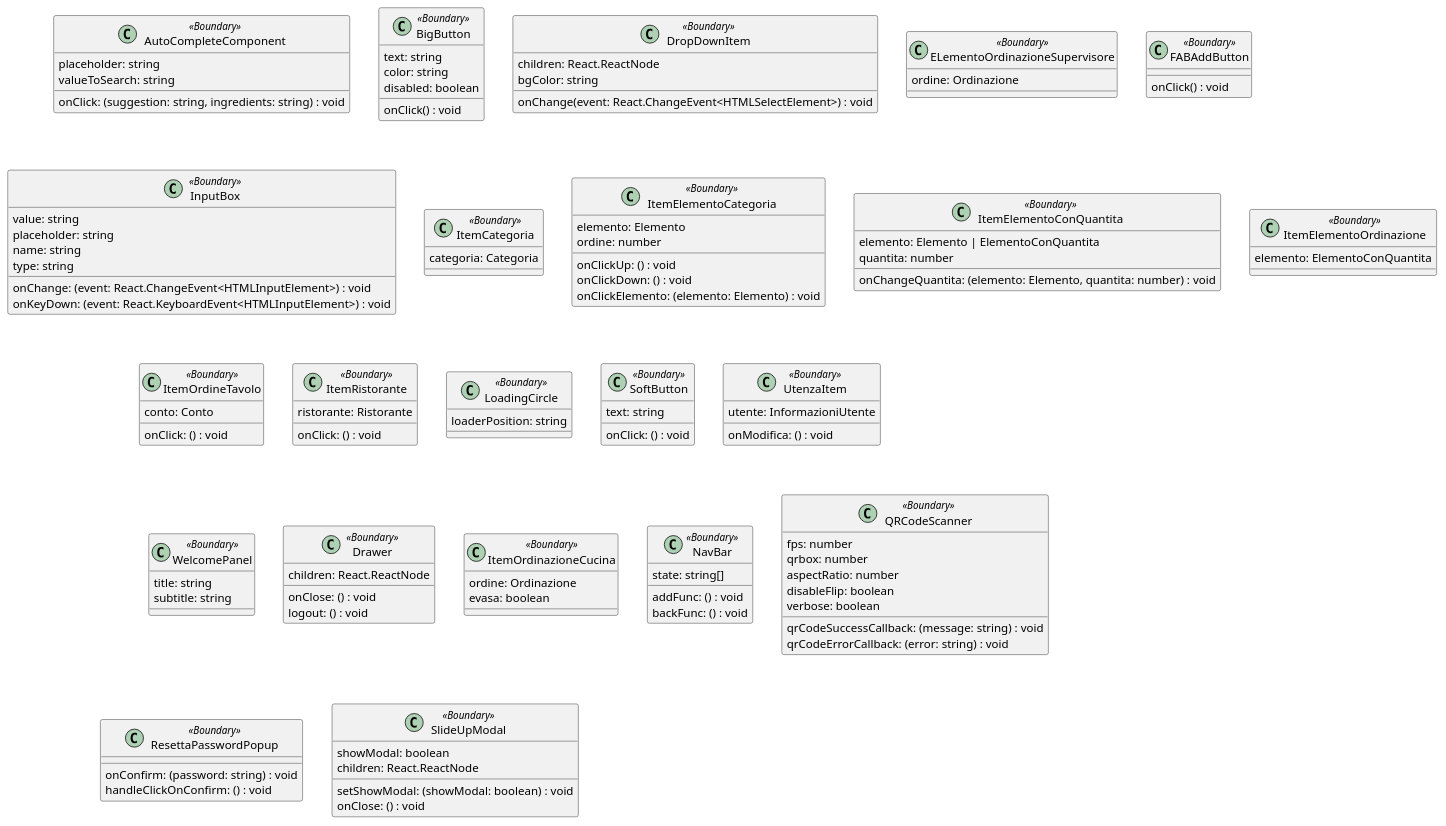
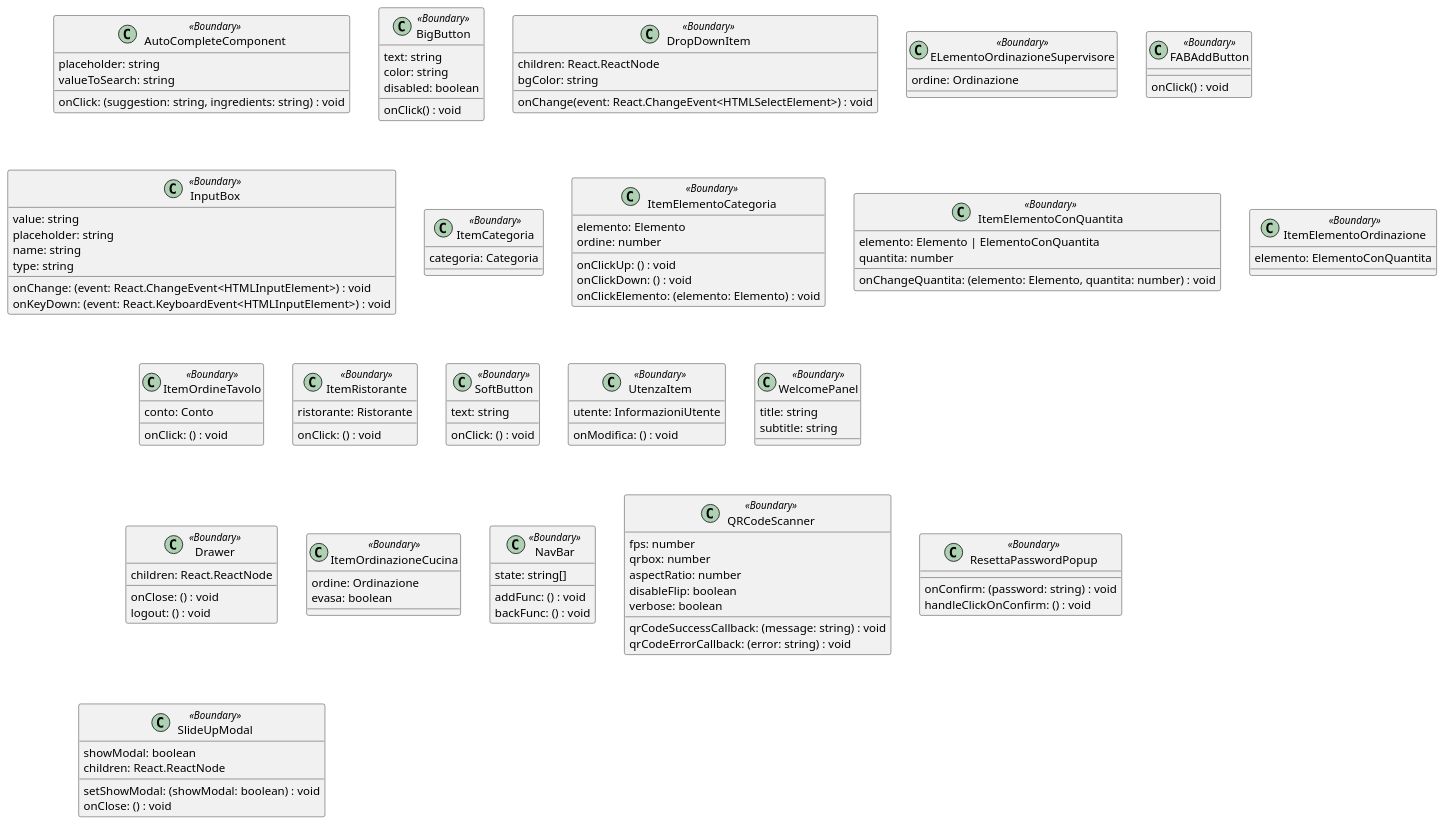
Before and after one commit to macro21KGB/Esame-INGSW-22-23: the diagram in diagrams/PUML/Boundary-Components.puml, drawn with PlantUML. The commit also changed 34 other files, not shown here.

```diff
--- a/diagrams/PUML/Boundary-Components.puml
+++ b/diagrams/PUML/Boundary-Components.puml
@@ -1,161 +1,157 @@
 @startuml component_diagram
 class AutoCompleteComponent <<Boundary>> {
 
     placeholder: string
     onClick: (suggestion: string, ingredients: string) : void
     valueToSearch: string
 
 }
 
 class BigButton <<Boundary>> {
 
   onClick() : void
   text: string
   color: string
   disabled: boolean
 
 }
 
 class DropDownItem <<Boundary>> {
 	
   children: React.ReactNode
   onChange(event: React.ChangeEvent<HTMLSelectElement>) : void
   bgColor: string
 
 }
 
 class ELementoOrdinazioneSupervisore <<Boundary>> {
 
     ordine: Ordinazione
 
 }
 class FABAddButton <<Boundary>> {
 
 	onClick() : void
 
 }
 class InputBox <<Boundary>> {
 
 	value: string
 	placeholder: string
 	name: string
 	type: string
 	onChange: (event: React.ChangeEvent<HTMLInputElement>) : void
 	onKeyDown: (event: React.KeyboardEvent<HTMLInputElement>) : void
 
 }
 
 class ItemCategoria <<Boundary>> {
 
     categoria: Categoria
 
 }
 class ItemElementoCategoria <<Boundary>> {
 
 	elemento: Elemento
 	onClickUp: () : void
 	onClickDown: () : void
 	onClickElemento: (elemento: Elemento) : void
 	ordine: number
 
 }
 
 class ItemElementoConQuantita <<Boundary>> {
 
 	elemento: Elemento | ElementoConQuantita
 	quantita: number
 	onChangeQuantita: (elemento: Elemento, quantita: number) : void
 
 }
 class ItemElementoOrdinazione <<Boundary>> {
 
 	elemento: ElementoConQuantita
 
 }
 class ItemOrdineTavolo <<Boundary>> {
 
     conto: Conto
     onClick: () : void
 
 }
 class ItemRistorante <<Boundary>> {
 
     ristorante: Ristorante
     onClick: () : void
 
 }
-class LoadingCircle <<Boundary>> {
 
-	loaderPosition: string
-
-}
 class SoftButton <<Boundary>> {
 
   text: string
   onClick: () : void
 
 }
 class UtenzaItem <<Boundary>> {
 
 	utente: InformazioniUtente
 	onModifica: () : void
 
 }
 class WelcomePanel <<Boundary>> {
 
   title: string
 	subtitle: string
 
 }
 
 class Drawer <<Boundary>> {
 
     onClose: () : void
     logout: () : void
     children: React.ReactNode
 
 }
 
 class ItemOrdinazioneCucina <<Boundary>> {
 
     ordine: Ordinazione
     evasa: boolean
 
 }
 
 class NavBar <<Boundary>> {
 
 	addFunc: () : void
 	backFunc: () : void
 	state: string[]
 }
 
 class QRCodeScanner <<Boundary>> {
 	
   fps: number
 	qrbox: number
 	aspectRatio: number
 	disableFlip: boolean
 	verbose: boolean
 	qrCodeSuccessCallback: (message: string) : void
 	qrCodeErrorCallback: (error: string) : void
 
 }
 
 class ResettaPasswordPopup <<Boundary>> {
 
     onConfirm: (password: string) : void
     handleClickOnConfirm: () : void
 
 }
 
 class SlideUpModal <<Boundary>> {
 
 	showModal: boolean
 	setShowModal: (showModal: boolean) : void
 	children: React.ReactNode
 	onClose: () : void
 
 }
 
 @enduml
```
